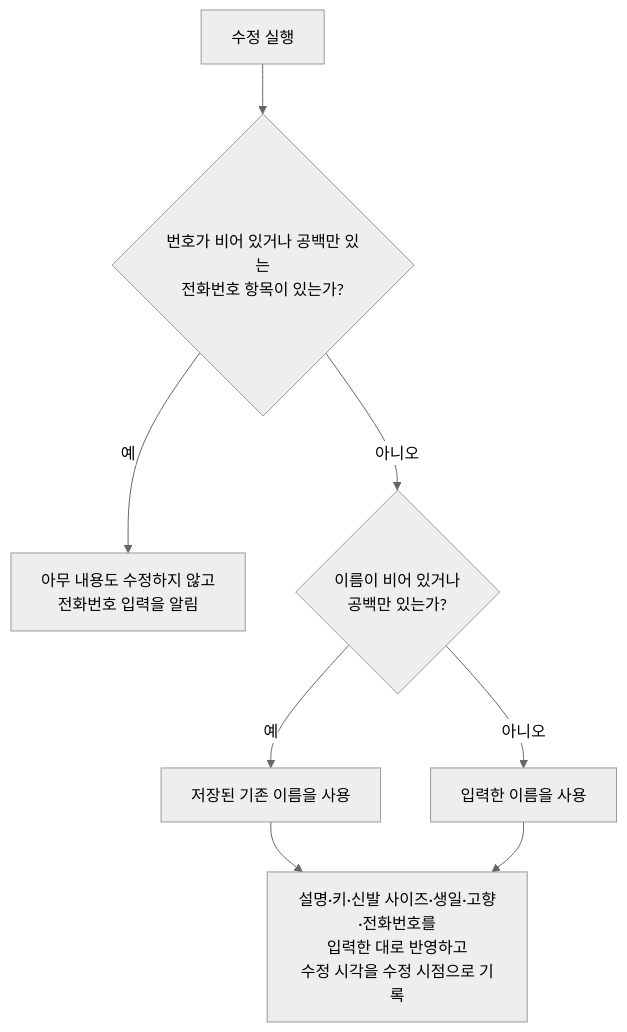
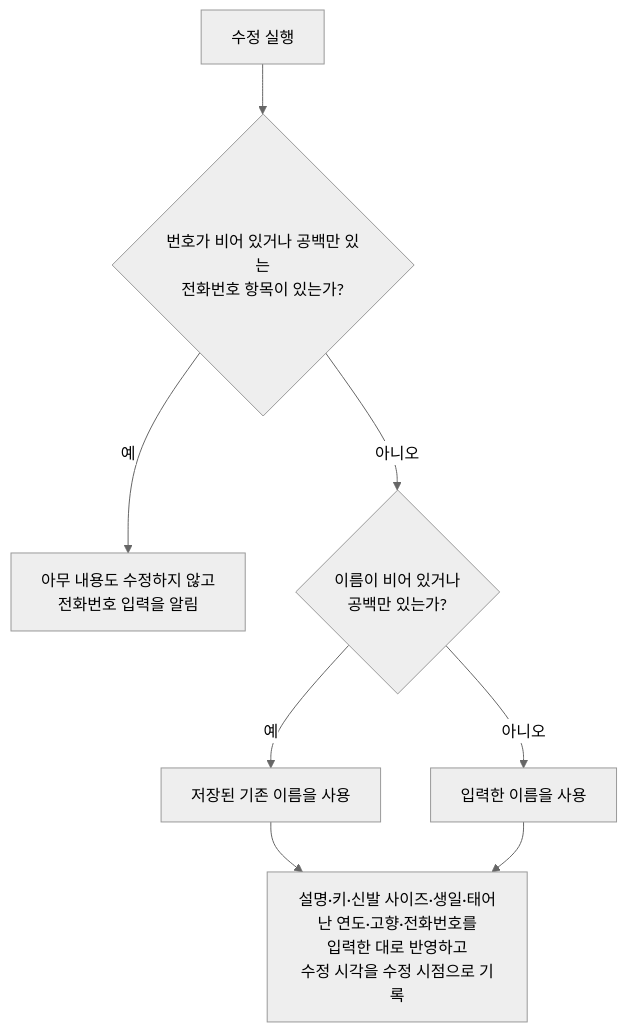
Before and after one commit to taetae98coding/DiaryKMP: the diagram in docs/spec/client/contact-detail.md, drawn with Mermaid (neutral theme). The commit also changed other lines of this file and 17 other files, not shown here.

````diff
--- a/docs/spec/client/contact-detail.md
+++ b/docs/spec/client/contact-detail.md
@@ -159,10 +159,10 @@
 ```mermaid
 flowchart TD
     start["수정 실행"] --> phone{"번호가 비어 있거나 공백만 있는<br/>전화번호 항목이 있는가?"}
     phone -- 예 --> reject["아무 내용도 수정하지 않고<br/>전화번호 입력을 알림"]
     phone -- 아니오 --> name{"이름이 비어 있거나<br/>공백만 있는가?"}
     name -- 예 --> keepName["저장된 기존 이름을 사용"]
     name -- 아니오 --> useName["입력한 이름을 사용"]
-    keepName --> apply["설명·키·신발 사이즈·생일·고향·전화번호를<br/>입력한 대로 반영하고<br/>수정 시각을 수정 시점으로 기록"]
+    keepName --> apply["설명·키·신발 사이즈·생일·태어난 연도·고향·전화번호를<br/>입력한 대로 반영하고<br/>수정 시각을 수정 시점으로 기록"]
     useName --> apply
 ```
````
